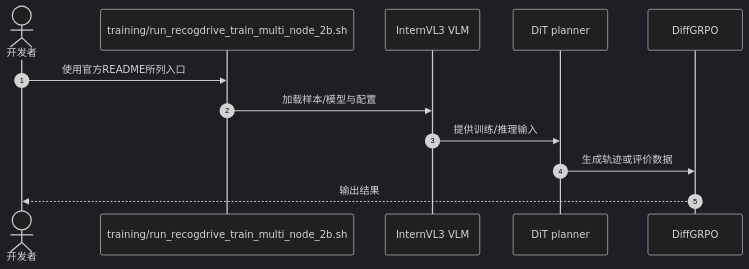
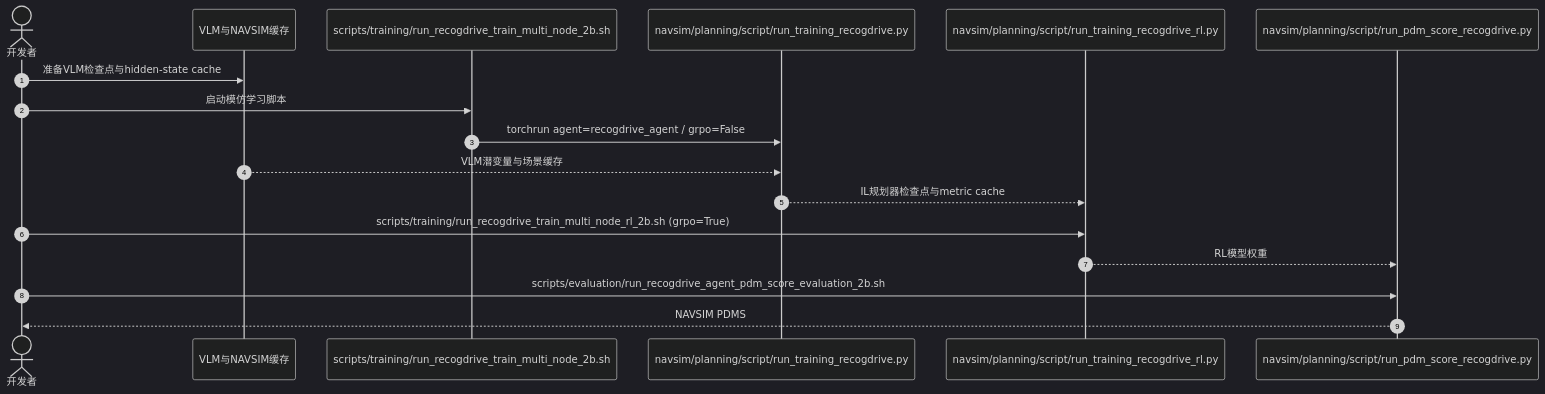
Before and after one commit to ImChong/Robotics_Notebooks: the second of 2 diagrams in wiki/entities/paper-recogdrive-2506-08052.md, drawn with Mermaid (dark theme). The commit also changed other lines of this file and 8 other files, not shown here.

Commit message:
docs(wiki): 校正 ReCogDrive 官方执行路径并细化源码运行时序图

````diff
--- a/wiki/entities/paper-recogdrive-2506-08052.md
+++ b/wiki/entities/paper-recogdrive-2506-08052.md
@@ -65,14 +65,19 @@
 ```mermaid
 sequenceDiagram
   autonumber
-  actor User as 开发者
-  participant Script as training/run_recogdrive_train_multi_node_2b.sh
-  participant First as InternVL3 VLM
-  participant Second as DiT planner
-  participant Output as DiffGRPO
-  User->>Script: 使用官方README所列入口
-  Script->>First: 加载样本/模型与配置
-  First->>Second: 提供训练/推理输入
-  Second->>Output: 生成轨迹或评价数据
-  Output-->>User: 输出结果
+  actor Dev as 开发者
+  participant Prep as VLM与NAVSIM缓存
+  participant Shell as scripts/training/run_recogdrive_train_multi_node_2b.sh
+  participant Train as navsim/planning/script/run_training_recogdrive.py
+  participant RL as navsim/planning/script/run_training_recogdrive_rl.py
+  participant Eval as navsim/planning/script/run_pdm_score_recogdrive.py
+  Dev->>Prep: 准备VLM检查点与hidden-state cache
+  Dev->>Shell: 启动模仿学习脚本
+  Shell->>Train: torchrun agent=recogdrive_agent / grpo=False
+  Prep-->>Train: VLM潜变量与场景缓存
+  Train-->>RL: IL规划器检查点与metric cache
+  Dev->>RL: scripts/training/run_recogdrive_train_multi_node_rl_2b.sh (grpo=True)
+  RL-->>Eval: RL模型权重
+  Dev->>Eval: scripts/evaluation/run_recogdrive_agent_pdm_score_evaluation_2b.sh
+  Eval-->>Dev: NAVSIM PDMS
 ```
````
